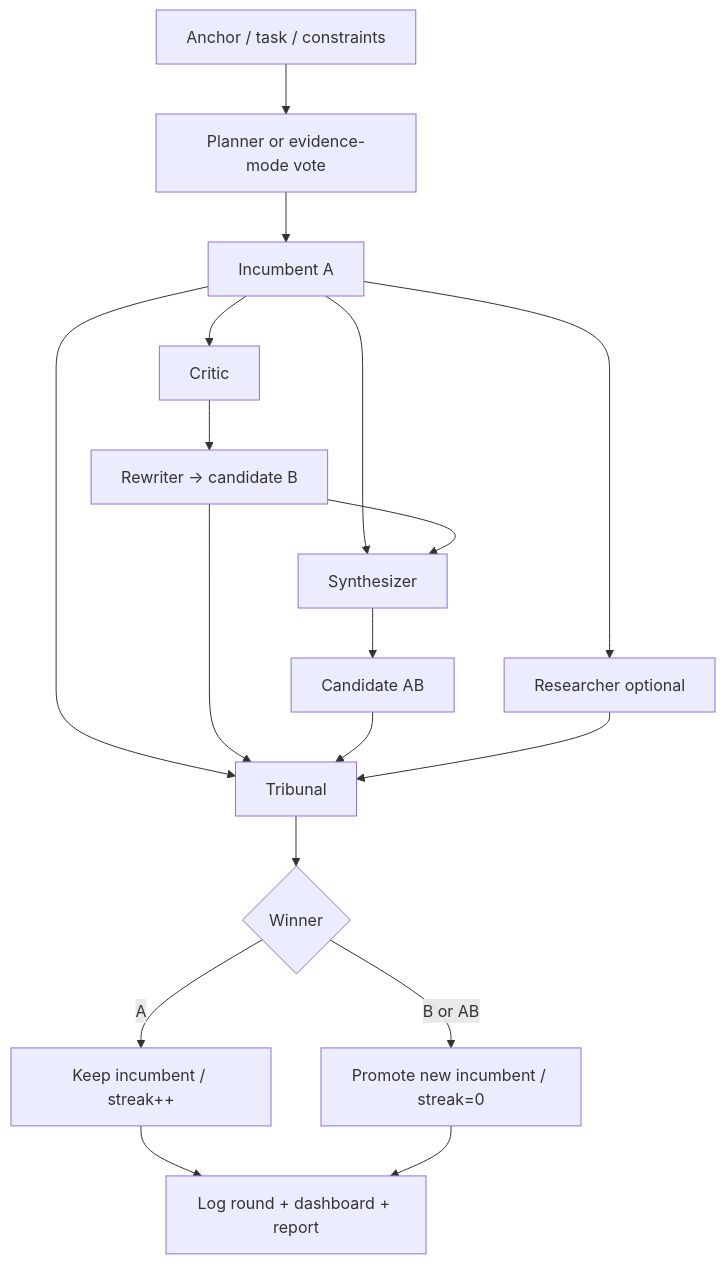
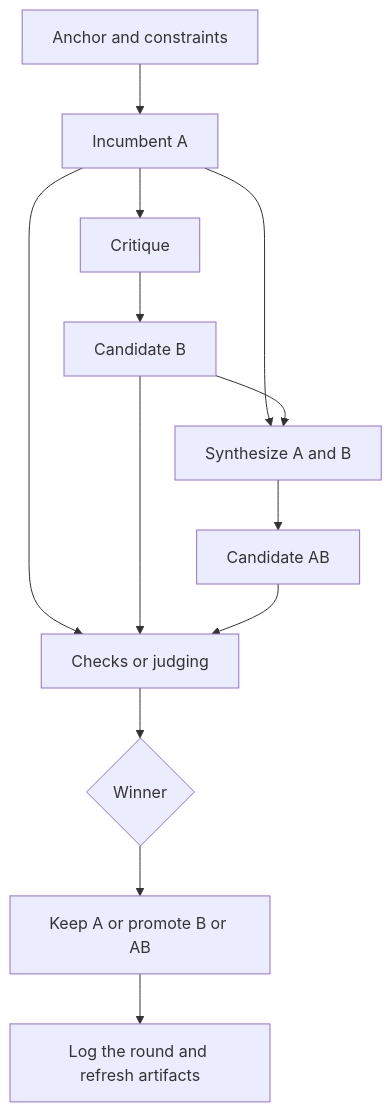
One commit to ossianravn/autocatalyst changed the diagram in README.md. Above: the diagram before and after it, drawn with Mermaid. The commit also changed other lines of this file, not shown here.

````diff
--- a/README.md
+++ b/README.md
@@ -31,20 +167,15 @@
 ```mermaid
 flowchart TD
-    A[Anchor / task / constraints] --> P[Planner or evidence-mode vote]
-    P --> I[Incumbent A]
-    I --> R[Researcher optional]
-    I --> C[Critic]
-    C --> B[Rewriter -> candidate B]
-    I --> S[Synthesizer]
+    A[Anchor and constraints] --> I[Incumbent A]
+    I --> C[Critique]
+    C --> B[Candidate B]
+    I --> S[Synthesize A and B]
     B --> S
     S --> AB[Candidate AB]
-    I --> T[Tribunal]
+    I --> T[Checks or judging]
     B --> T
     AB --> T
-    R --> T
     T --> W{Winner}
-    W -->|A| K[Keep incumbent / streak++]
-    W -->|B or AB| N[Promote new incumbent / streak=0]
-    K --> L[Log round + dashboard + report]
-    N --> L
+    W --> K[Keep A or promote B or AB]
+    K --> L[Log the round and refresh artifacts]
 ```
````
